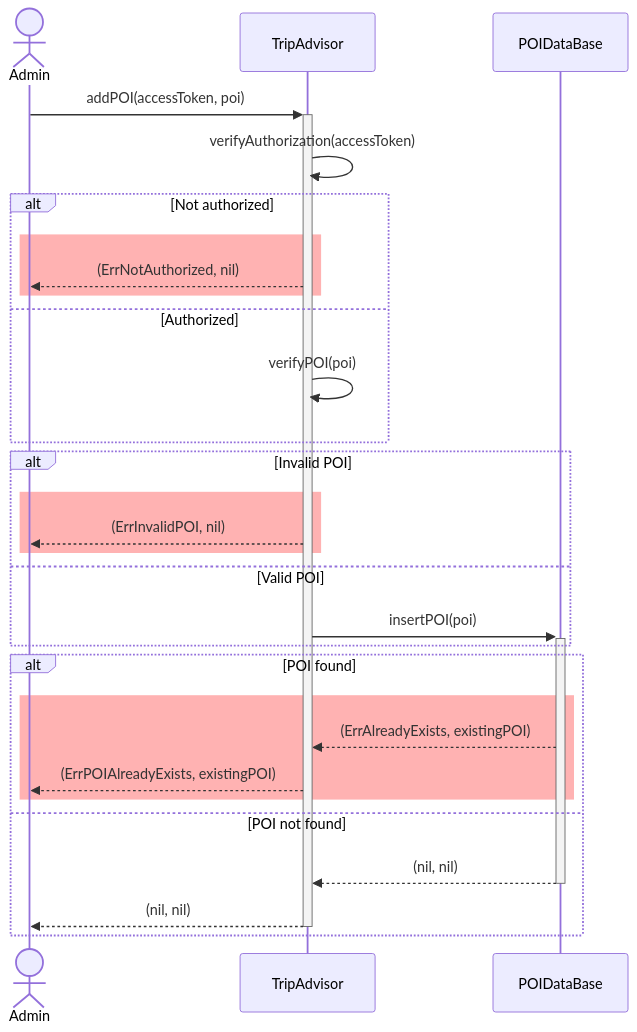
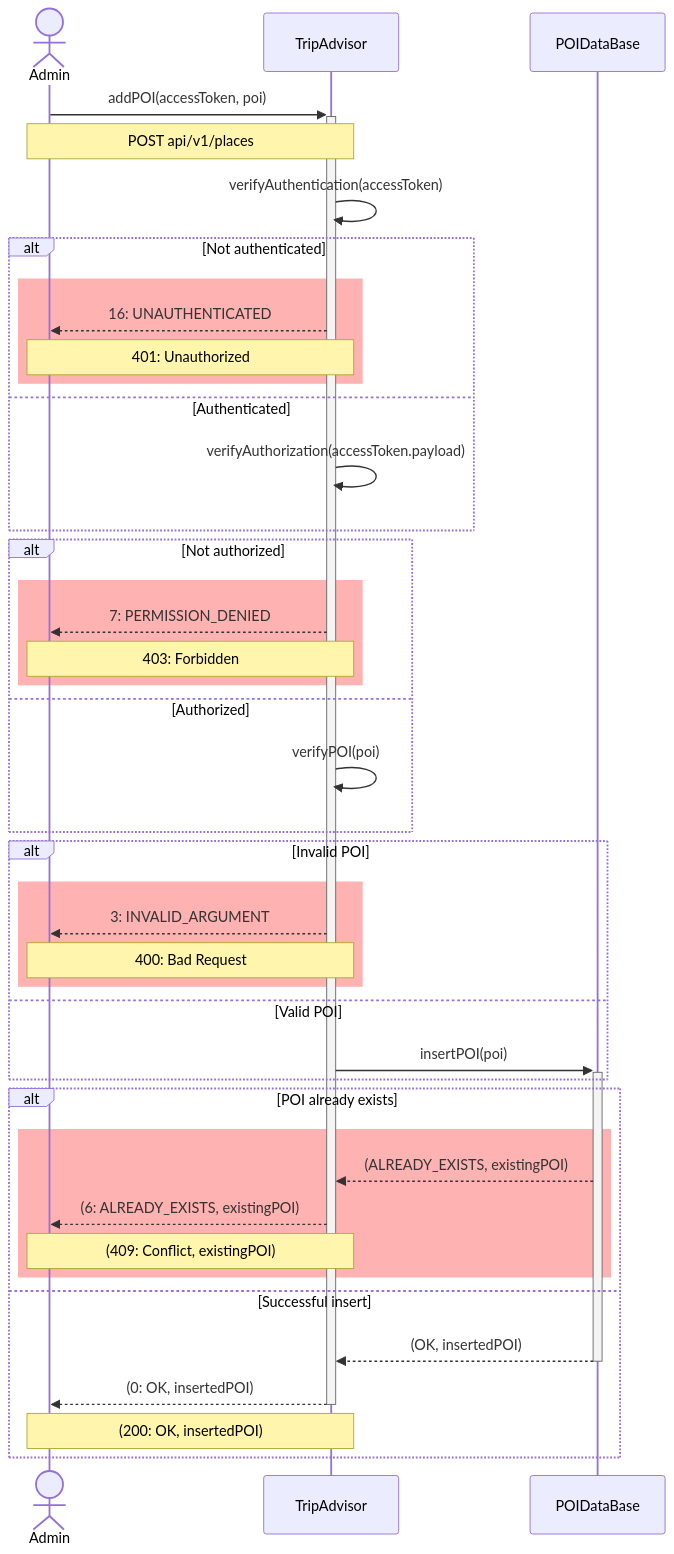
Before and after one commit to d-kv/backend-travel-app: the diagram in uml/src/add_poi.mmd, drawn with Mermaid. The commit also changed 16 other files, not shown here.

```diff
--- a/uml/src/add_poi.mmd
+++ b/uml/src/add_poi.mmd
@@ -1,36 +1,47 @@
-%% @backgroundColor(Gray)
-
 sequenceDiagram
 	actor Admin as Admin
 	participant Trip as TripAdvisor
 	participant DB as POIDataBase
 
 	Admin->>+Trip: addPOI(accessToken, poi)
+	Note over Admin,Trip: POST api/v1/places
 
-		Trip->>Trip: verifyAuthorization(accessToken)
+		Trip->>Trip: verifyAuthentication(accessToken)
+		alt Not authenticated
+			rect rgba(255, 0, 0, 0.3)
+				Trip-->>Admin: 16: UNAUTHENTICATED
+				Note over Admin,Trip: 401: Unauthorized
+			end
+		else Authenticated
+			Trip->>Trip: verifyAuthorization(accessToken.payload)
+		end
 		alt Not authorized
 			rect rgba(255, 0, 0, 0.3)
-				Trip-->>Admin: (ErrNotAuthorized, nil)
+				Trip-->>Admin: 7: PERMISSION_DENIED
+				Note over Admin,Trip: 403: Forbidden
 			end
 		else Authorized
 			Trip->>Trip: verifyPOI(poi)
 		end
 
 		alt Invalid POI
 			rect rgba(255, 0, 0, 0.3)
-				Trip-->>Admin: (ErrInvalidPOI, nil)
+				Trip-->>Admin: 3: INVALID_ARGUMENT
+				Note over Admin,Trip: 400: Bad Request
 			end
 
 		else Valid POI
 			Trip->>+DB: insertPOI(poi)
 		end
 
-		alt POI found
+		alt POI already exists
 			rect rgba(255, 0, 0, 0.3)
-				DB-->>Trip: (ErrAlreadyExists, existingPOI)
-				Trip-->>Admin: (ErrPOIAlreadyExists, existingPOI)
+				DB-->>Trip: (ALREADY_EXISTS, existingPOI)
+				Trip-->>Admin: (6: ALREADY_EXISTS, existingPOI)
+				Note over Admin,Trip: (409: Conflict, existingPOI)
 			end
-		else POI not found
-			DB-->>-Trip: (nil, nil)
-			Trip-->>-Admin: (nil, nil)
+		else Successful insert
+			DB-->>-Trip: (OK, insertedPOI)
+			Trip-->>-Admin: (0: OK, insertedPOI)
+			Note over Admin,Trip: (200: OK, insertedPOI)
 		end
```
